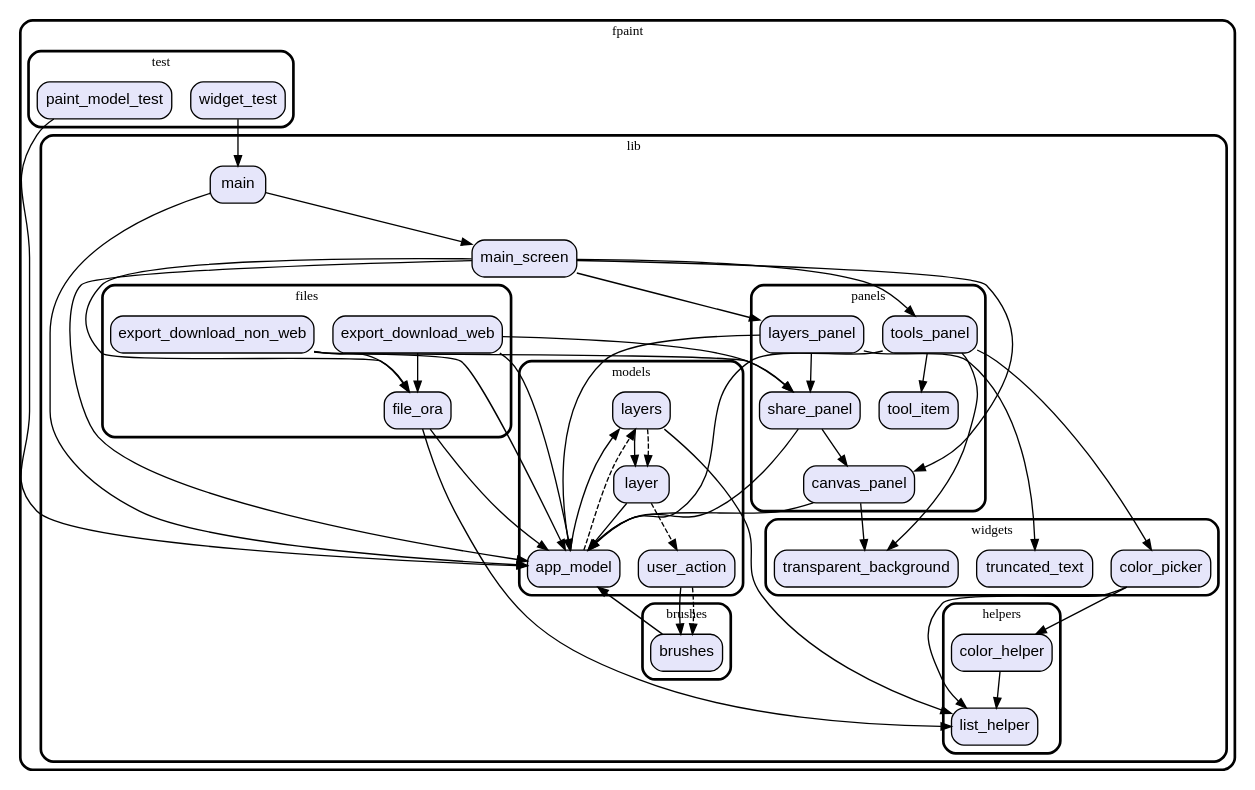
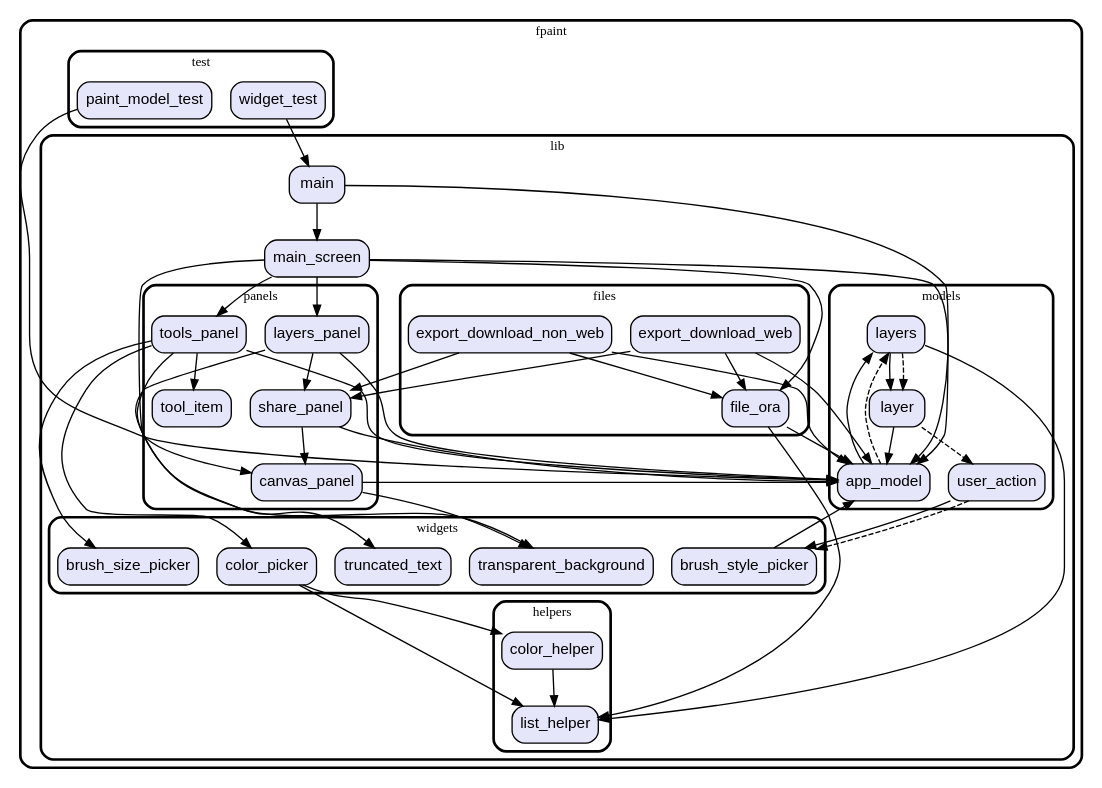
One commit to vteam-com/fPaint changed the diagram in graph.dot. Above: the diagram before and after it, drawn with Graphviz. The commit also changed 10 other files, not shown here.

Commit message:
refactor and popup Brush Size and Style

```diff
--- a/graph.dot
+++ b/graph.dot
@@ -1,117 +1,117 @@
 digraph "" {
   graph [style=rounded fontname="Arial Black" fontsize=13 penwidth=2.6];
   node [shape=rect style="filled,rounded" fontname=Arial fontsize=15 fillcolor=Lavender penwidth=1.3];
   edge [penwidth=1.3];
   "/test/paint_model_test.dart" [label="paint_model_test"];
   "/test/widget_test.dart" [label="widget_test"];
-  "/lib/brushes/brushes.dart" [label="brushes"];
   "/lib/panels/canvas_panel.dart" [label="canvas_panel"];
   "/lib/panels/tool_item.dart" [label="tool_item"];
   "/lib/panels/share_panel.dart" [label="share_panel"];
   "/lib/panels/tools_panel.dart" [label="tools_panel"];
   "/lib/panels/layers_panel.dart" [label="layers_panel"];
   "/lib/models/layers.dart" [label="layers"];
   "/lib/models/user_action.dart" [label="user_action"];
   "/lib/models/app_model.dart" [label="app_model"];
   "/lib/models/layer.dart" [label="layer"];
   "/lib/main.dart" [label="main"];
   "/lib/files/export_download_web.dart" [label="export_download_web"];
   "/lib/files/file_ora.dart" [label="file_ora"];
   "/lib/files/export_download_non_web.dart" [label="export_download_non_web"];
   "/lib/main_screen.dart" [label="main_screen"];
   "/lib/helpers/list_helper.dart" [label="list_helper"];
   "/lib/helpers/color_helper.dart" [label="color_helper"];
   "/lib/widgets/truncated_text.dart" [label="truncated_text"];
+  "/lib/widgets/brush_size_picker.dart" [label="brush_size_picker"];
   "/lib/widgets/transparent_background.dart" [label="transparent_background"];
+  "/lib/widgets/brush_style_picker.dart" [label="brush_style_picker"];
   "/lib/widgets/color_picker.dart" [label="color_picker"];
   subgraph "cluster~" {
     label="fpaint";
     subgraph "cluster~/test" {
       label="test";
       "/test/paint_model_test.dart";
       "/test/widget_test.dart";
     }
     subgraph "cluster~/lib" {
       label="lib";
       "/lib/main.dart";
       "/lib/main_screen.dart";
-      subgraph "cluster~/lib/brushes" {
-        label="brushes";
-        "/lib/brushes/brushes.dart";
-      }
       subgraph "cluster~/lib/panels" {
         label="panels";
         "/lib/panels/canvas_panel.dart";
         "/lib/panels/tool_item.dart";
         "/lib/panels/share_panel.dart";
         "/lib/panels/tools_panel.dart";
         "/lib/panels/layers_panel.dart";
       }
       subgraph "cluster~/lib/models" {
         label="models";
         "/lib/models/layers.dart";
         "/lib/models/user_action.dart";
         "/lib/models/app_model.dart";
         "/lib/models/layer.dart";
       }
       subgraph "cluster~/lib/files" {
         label="files";
         "/lib/files/export_download_web.dart";
         "/lib/files/file_ora.dart";
         "/lib/files/export_download_non_web.dart";
       }
       subgraph "cluster~/lib/helpers" {
         label="helpers";
         "/lib/helpers/list_helper.dart";
         "/lib/helpers/color_helper.dart";
       }
       subgraph "cluster~/lib/widgets" {
         label="widgets";
         "/lib/widgets/truncated_text.dart";
+        "/lib/widgets/brush_size_picker.dart";
         "/lib/widgets/transparent_background.dart";
+        "/lib/widgets/brush_style_picker.dart";
         "/lib/widgets/color_picker.dart";
       }
     }
   }
   "/test/paint_model_test.dart" -> "/lib/models/app_model.dart";
   "/test/widget_test.dart" -> "/lib/main.dart";
-  "/lib/brushes/brushes.dart" -> "/lib/models/app_model.dart";
   "/lib/panels/canvas_panel.dart" -> "/lib/widgets/transparent_background.dart";
   "/lib/panels/canvas_panel.dart" -> "/lib/models/app_model.dart";
   "/lib/panels/share_panel.dart" -> "/lib/models/app_model.dart";
   "/lib/panels/share_panel.dart" -> "/lib/panels/canvas_panel.dart";
   "/lib/panels/tools_panel.dart" -> "/lib/models/app_model.dart";
   "/lib/panels/tools_panel.dart" -> "/lib/panels/tool_item.dart";
+  "/lib/panels/tools_panel.dart" -> "/lib/widgets/brush_size_picker.dart";
   "/lib/panels/tools_panel.dart" -> "/lib/widgets/color_picker.dart";
   "/lib/panels/tools_panel.dart" -> "/lib/widgets/transparent_background.dart";
   "/lib/panels/layers_panel.dart" -> "/lib/models/app_model.dart";
   "/lib/panels/layers_panel.dart" -> "/lib/panels/share_panel.dart";
   "/lib/panels/layers_panel.dart" -> "/lib/widgets/truncated_text.dart";
   "/lib/models/layers.dart" -> "/lib/helpers/list_helper.dart";
   "/lib/models/layers.dart" -> "/lib/models/layer.dart";
   "/lib/models/layers.dart" -> "/lib/models/layer.dart" [style=dashed];
-  "/lib/models/user_action.dart" -> "/lib/brushes/brushes.dart";
-  "/lib/models/user_action.dart" -> "/lib/brushes/brushes.dart" [style=dashed];
+  "/lib/models/user_action.dart" -> "/lib/widgets/brush_style_picker.dart";
+  "/lib/models/user_action.dart" -> "/lib/widgets/brush_style_picker.dart" [style=dashed];
   "/lib/models/app_model.dart" -> "/lib/models/layers.dart";
   "/lib/models/app_model.dart" -> "/lib/models/layers.dart" [style=dashed];
   "/lib/models/layer.dart" -> "/lib/models/app_model.dart";
   "/lib/models/layer.dart" -> "/lib/models/user_action.dart" [style=dashed];
   "/lib/main.dart" -> "/lib/main_screen.dart";
   "/lib/main.dart" -> "/lib/models/app_model.dart";
   "/lib/files/export_download_web.dart" -> "/lib/files/file_ora.dart";
   "/lib/files/export_download_web.dart" -> "/lib/models/app_model.dart";
   "/lib/files/export_download_web.dart" -> "/lib/panels/share_panel.dart";
   "/lib/files/file_ora.dart" -> "/lib/helpers/list_helper.dart";
   "/lib/files/file_ora.dart" -> "/lib/models/app_model.dart";
   "/lib/files/export_download_non_web.dart" -> "/lib/files/file_ora.dart";
   "/lib/files/export_download_non_web.dart" -> "/lib/models/app_model.dart";
   "/lib/files/export_download_non_web.dart" -> "/lib/panels/share_panel.dart";
   "/lib/main_screen.dart" -> "/lib/files/file_ora.dart";
   "/lib/main_screen.dart" -> "/lib/panels/canvas_panel.dart";
   "/lib/main_screen.dart" -> "/lib/panels/layers_panel.dart";
   "/lib/main_screen.dart" -> "/lib/panels/tools_panel.dart";
   "/lib/main_screen.dart" -> "/lib/models/app_model.dart";
   "/lib/helpers/color_helper.dart" -> "/lib/helpers/list_helper.dart";
+  "/lib/widgets/brush_style_picker.dart" -> "/lib/models/app_model.dart";
   "/lib/widgets/color_picker.dart" -> "/lib/helpers/color_helper.dart";
   "/lib/widgets/color_picker.dart" -> "/lib/helpers/list_helper.dart";
 }
```
